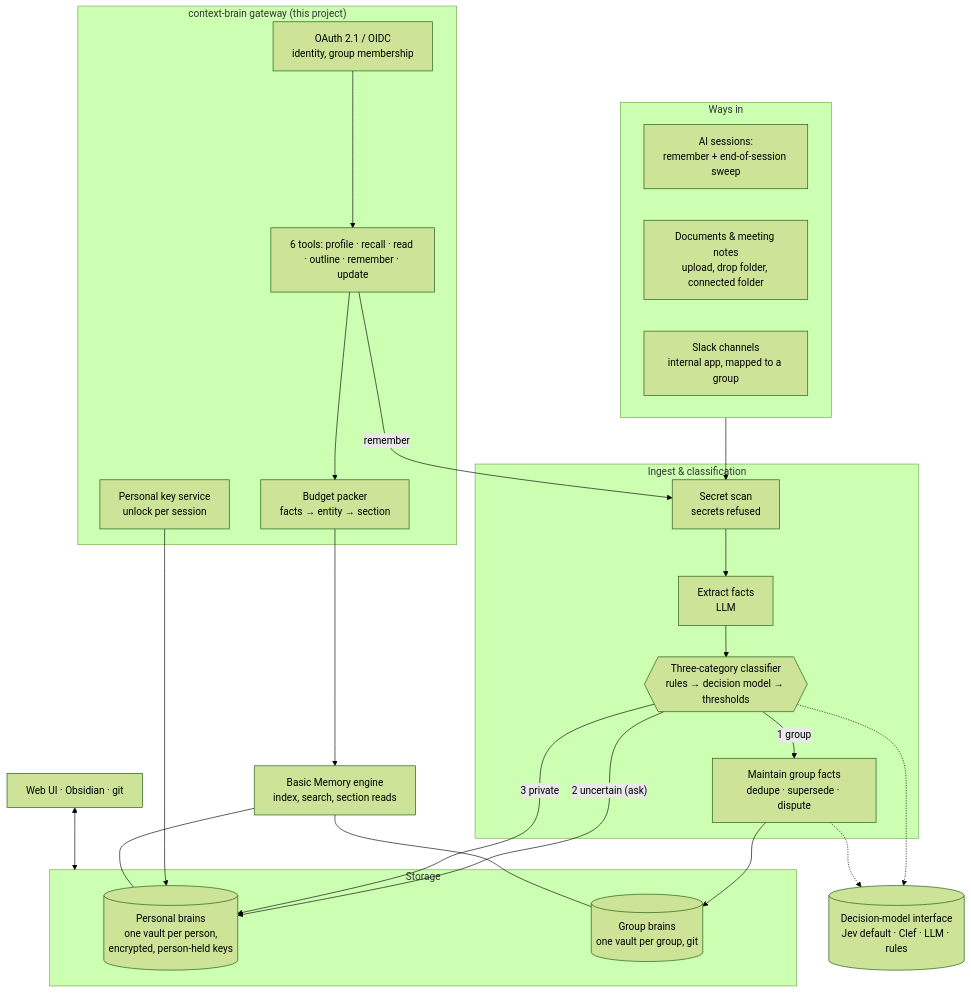
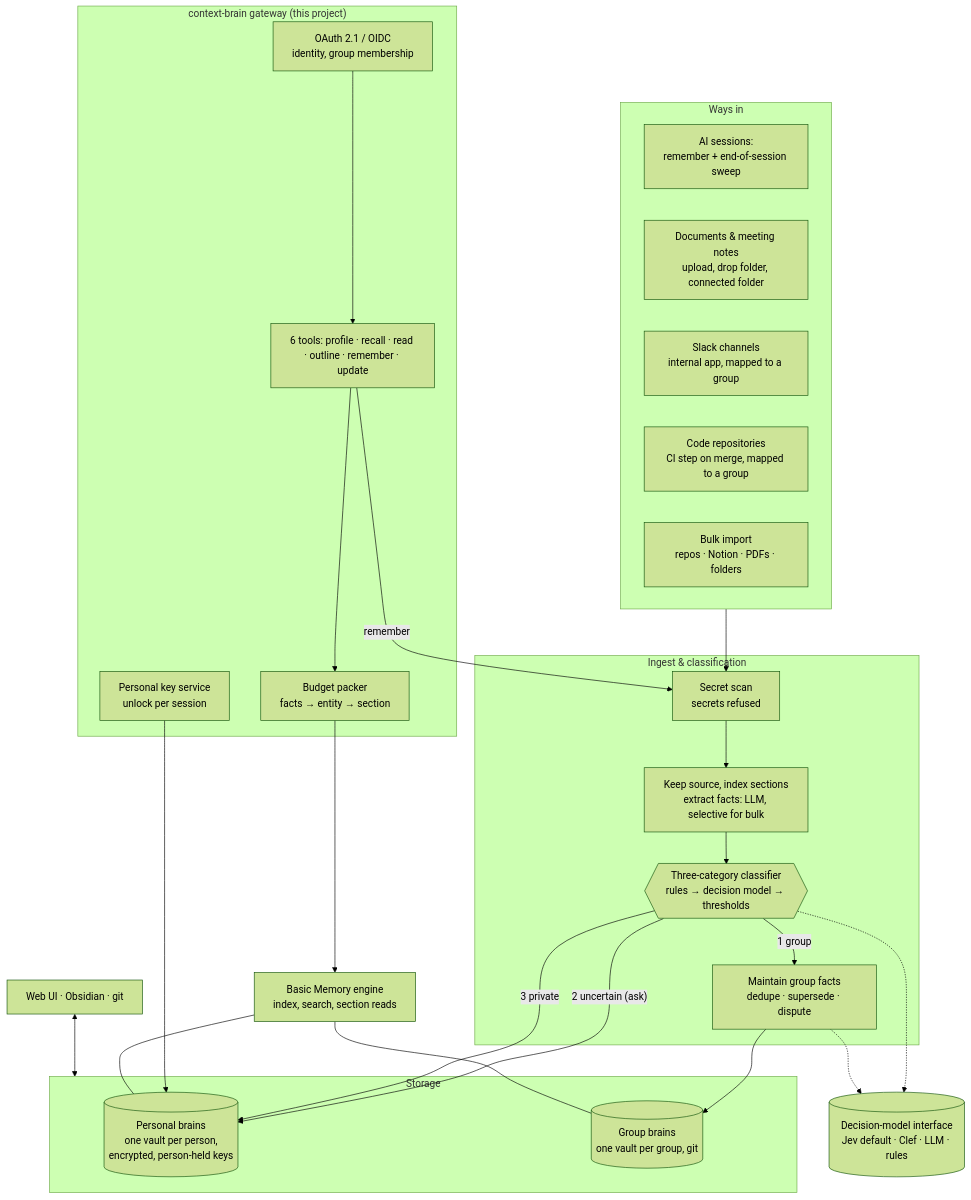
Before and after one commit to Multiplier-Core/context-brain: the diagram in docs/decision.md, drawn with Mermaid (forest theme). The commit also changed other lines of this file and 4 other files, not shown here.

First line of the commit message:
Add source code repositories and bulk import to the design

````diff
--- a/docs/decision.md
+++ b/docs/decision.md
@@ -207,45 +212,47 @@
 ```mermaid
 flowchart TB
   subgraph Sources["Ways in"]
     S1[AI sessions:<br/>remember + end-of-session sweep]
     S2[Documents & meeting notes<br/>upload, drop folder, connected folder]
     S3[Slack channels<br/>internal app, mapped to a group]
+    S4[Code repositories<br/>CI step on merge, mapped to a group]
+    S5[Bulk import<br/>repos · Notion · PDFs · folders]
   end
 
   subgraph Gateway["context-brain gateway (this project)"]
     AUTH[OAuth 2.1 / OIDC<br/>identity, group membership]
     TOOLS[6 tools: profile · recall · read · outline · remember · update]
     PACK[Budget packer<br/>facts → entity → section]
     KEYS[Personal key service<br/>unlock per session]
   end
 
   subgraph Pipeline["Ingest & classification"]
     SCAN[Secret scan<br/>secrets refused]
-    EXT[Extract facts<br/>LLM]
+    EXT[Keep source, index sections<br/>extract facts: LLM, selective for bulk]
     CLS{{Three-category classifier<br/>rules → decision model → thresholds}}
     MAINT[Maintain group facts<br/>dedupe · supersede · dispute]
   end
 
   DM[(Decision-model interface<br/>Jev default · Clef · LLM · rules)]
 
   subgraph Store["Storage"]
     P[(Personal brains<br/>one vault per person,<br/>encrypted, person-held keys)]
     G[(Group brains<br/>one vault per group, git)]
   end
 
   ENGINE[Basic Memory engine<br/>index, search, section reads]
   UI[Web UI · Obsidian · git]
 
   Sources --> SCAN --> EXT --> CLS
   TOOLS -- remember --> SCAN
   CLS -- "1 group" --> MAINT --> G
   CLS -- "2 uncertain (ask)" --> P
   CLS -- "3 private" --> P
   CLS -.-> DM
   MAINT -.-> DM
   AUTH --> TOOLS --> PACK --> ENGINE
   KEYS --> P
   ENGINE --- P
   ENGINE --- G
   UI <--> Store
 ```
````
